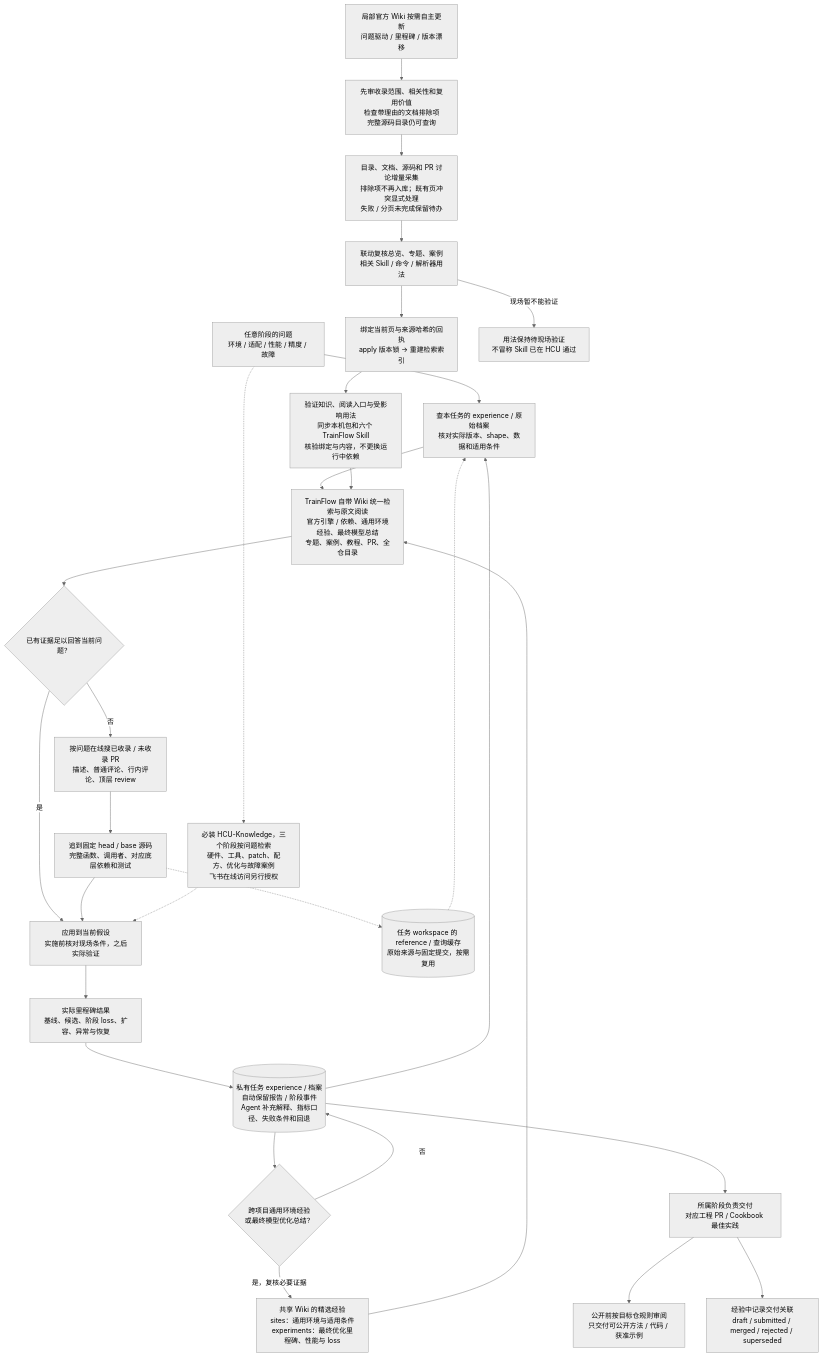
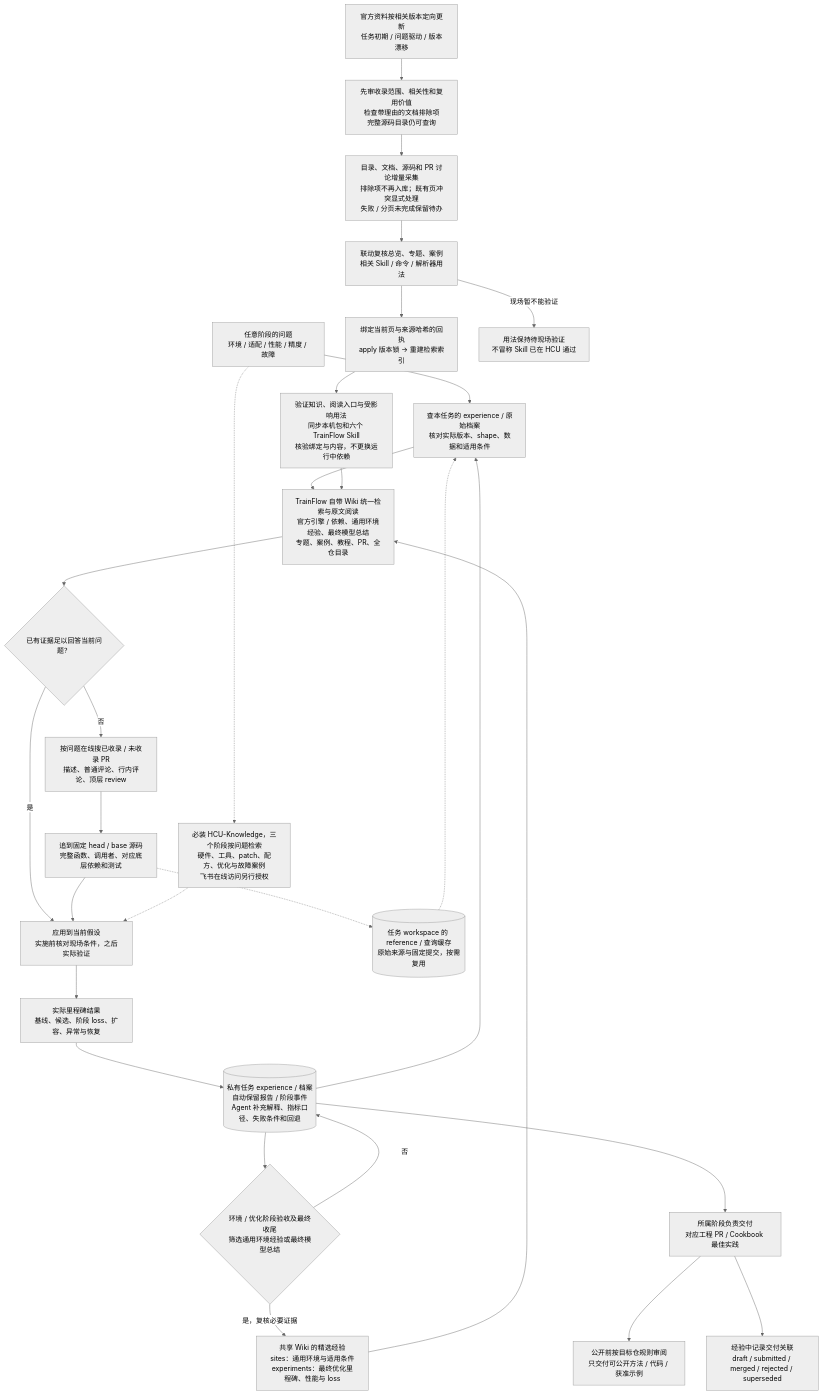
Before and after one commit to yuguo-Jack/HCU-TrainFlow: diagram 13 of 13 in docs/workflow-map.md, drawn with Mermaid (neutral theme). The commit also changed other lines of this file and 40 other files, not shown here.

Commit message:
Align Skill names and curate TrainFlow Wiki through task milestones

````diff
--- a/docs/workflow-map.md
+++ b/docs/workflow-map.md
@@ -459,31 +459,31 @@
 ```mermaid
 flowchart TD
     PROB["任意阶段的问题<br/>环境 / 适配 / 性能 / 精度 / 故障"] --> EXP["查本任务的 experience / 原始档案<br/>核对实际版本、shape、数据和适用条件"]
     EXP --> LOCAL["TrainFlow 自带 Wiki 统一检索与原文阅读<br/>官方引擎 / 依赖、通用环境经验、最终模型总结<br/>专题、案例、教程、PR、全仓目录"]
     LOCAL --> ANSWER{"已有证据足以回答当前问题？"}
     ANSWER -->|是| USE["应用到当前假设<br/>实施前核对现场条件，之后实际验证"]
     ANSWER -->|否| PR["按问题在线搜已收录 / 未收录 PR<br/>描述、普通评论、行内评论、顶层 review"]
     PR --> CODE["追到固定 head / base 源码<br/>完整函数、调用者、对应底层依赖和测试"]
     CODE --> USE
     CODE -.-> CACHE[("任务 workspace 的 reference / 查询缓存<br/>原始来源与固定提交，按需复用")]
     CACHE -.-> EXP
     PROB -.-> HCU["必装 HCU-Knowledge，三个阶段按问题检索<br/>硬件、工具、patch、配方、优化与故障案例<br/>飞书在线访问另行授权"]
     HCU -.-> USE
     USE --> RESULT["实际里程碑结果<br/>基线、候选、阶段 loss、扩容、异常与恢复"]
     RESULT --> PRIVATE[("私有任务 experience / 档案<br/>自动保留报告 / 阶段事件<br/>Agent 补充解释、指标口径、失败条件和回退")]
     PRIVATE --> EXP
-    PRIVATE --> CURATE{"跨项目通用环境经验<br/>或最终模型优化总结？"}
+    PRIVATE --> CURATE{"环境 / 优化阶段验收及最终收尾<br/>筛选通用环境经验或最终模型总结"}
     CURATE -->|是，复核必要证据| SHARED["共享 Wiki 的精选经验<br/>sites：通用环境与适用条件<br/>experiments：最终优化里程碑、性能与 loss"]
     CURATE -->|否| PRIVATE
     SHARED --> LOCAL
     PRIVATE --> DELIVERY["所属阶段负责交付<br/>对应工程 PR / Cookbook 最佳实践"]
     DELIVERY --> PUBLIC["公开前按目标仓规则审阅<br/>只交付可公开方法 / 代码 / 获准示例"]
     DELIVERY --> TRACK["经验中记录交付关联<br/>draft / submitted / merged / rejected / superseded"]
-    REFRESH["局部官方 Wiki 按需自主更新<br/>问题驱动 / 里程碑 / 版本漂移"] --> SCOPE["先审收录范围、相关性和复用价值<br/>检查带理由的文档排除项<br/>完整源码目录仍可查询"]
+    REFRESH["官方资料按相关版本定向更新<br/>任务初期 / 问题驱动 / 版本漂移"] --> SCOPE["先审收录范围、相关性和复用价值<br/>检查带理由的文档排除项<br/>完整源码目录仍可查询"]
     SCOPE --> FETCH["目录、文档、源码和 PR 讨论增量采集<br/>排除项不再入库；既有页冲突显式处理<br/>失败 / 分页未完成保留待办"]
     FETCH --> IMPACT["联动复核总览、专题、案例<br/>相关 Skill / 命令 / 解析器用法"]
     IMPACT --> APPLY["绑定当前页与来源哈希的回执<br/>apply 版本锁 → 重建检索索引"]
     APPLY --> INSTALL["验证知识、阅读入口与受影响用法<br/>同步本机包和六个 TrainFlow Skill<br/>核验绑定与内容，不更换运行中依赖"]
     INSTALL --> LOCAL
     IMPACT -->|现场暂不能验证| PENDING["用法保持待现场验证<br/>不冒称 Skill 已在 HCU 通过"]
 ```
````
